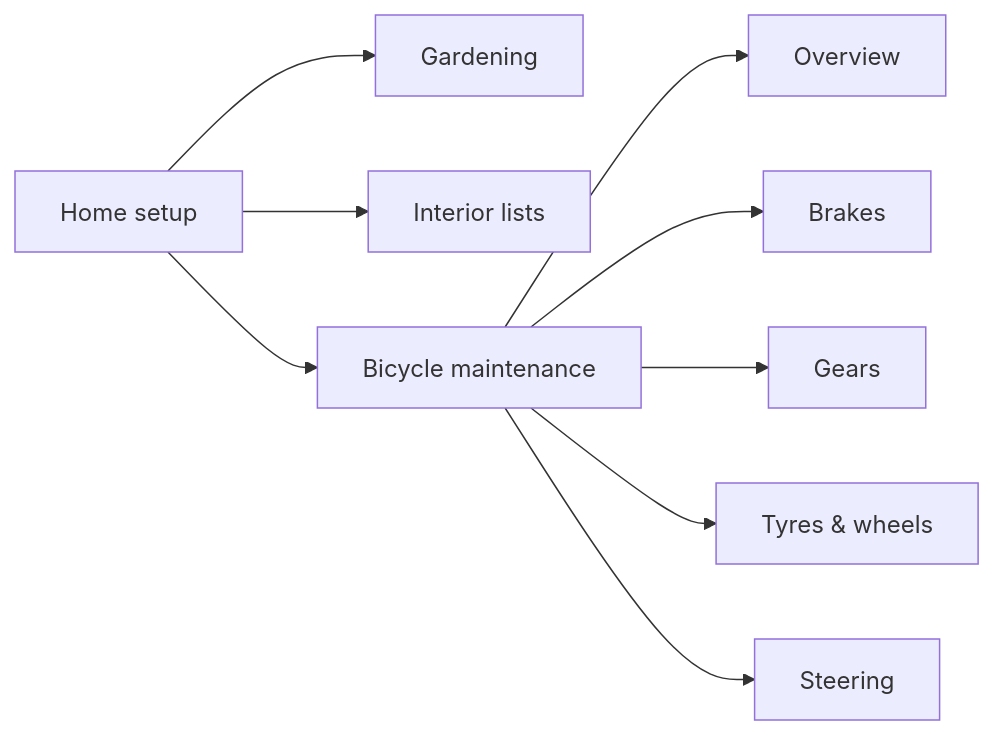
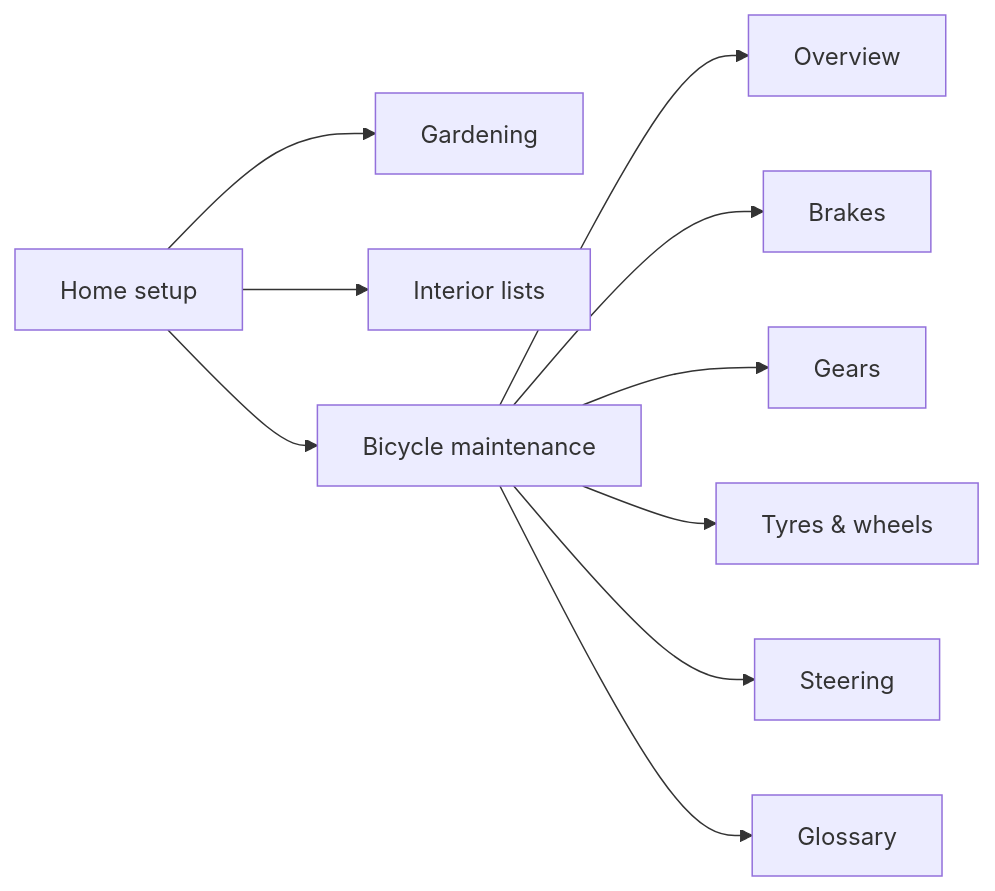
One commit to bastienchassagnol/Housework-items changed the diagram in index.qmd. Above: the diagram before and after it, drawn with Mermaid. The commit also changed other lines of this file and 38 other files, not shown here.

````diff
--- a/index.qmd
+++ b/index.qmd
@@ -21,13 +21,14 @@
 ```{mermaid}
 %%| label: fig-book-overview
 %%| fig-cap: "High-level structure of this book."
 flowchart LR
   A[Home setup] --> B[Gardening]
   A --> C[Interior lists]
   A --> D[Bicycle maintenance]
   D --> D1[Overview]
   D --> D2[Brakes]
   D --> D3[Gears]
   D --> D4[Tyres & wheels]
   D --> D5[Steering]
+  D --> D6[Glossary]
 ```
````
